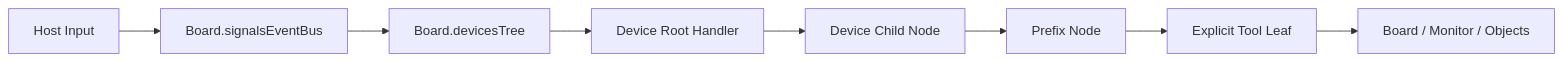
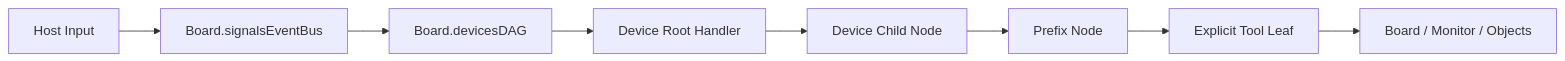
The diagram in src/core/docs/core-input-flow.md (Frank-Steven/HoundWhiteboard), drawn with Mermaid before and after one commit. The commit also changed other lines of this file and 55 other files, not shown here.

First line of the commit message:
refactor(devices-dag): 将树状的设备树重构到图状的设备图

````diff
--- a/src/core/docs/core-input-flow.md
+++ b/src/core/docs/core-input-flow.md
@@ -18,10 +18,10 @@
 ```mermaid
 flowchart LR
     Host[Host Input] --> Bus[Board.signalsEventBus]
-    Bus --> Tree[Board.devicesTree]
+    Bus --> Tree[Board.devicesDAG]
     Tree --> Device[Device Root Handler]
     Device --> Node[Device Child Node]
     Node --> Prefix[Prefix Node]
     Prefix --> Tool[Explicit Tool Leaf]
     Tool --> BoardState[Board / Monitor / Objects]
 ```
````
